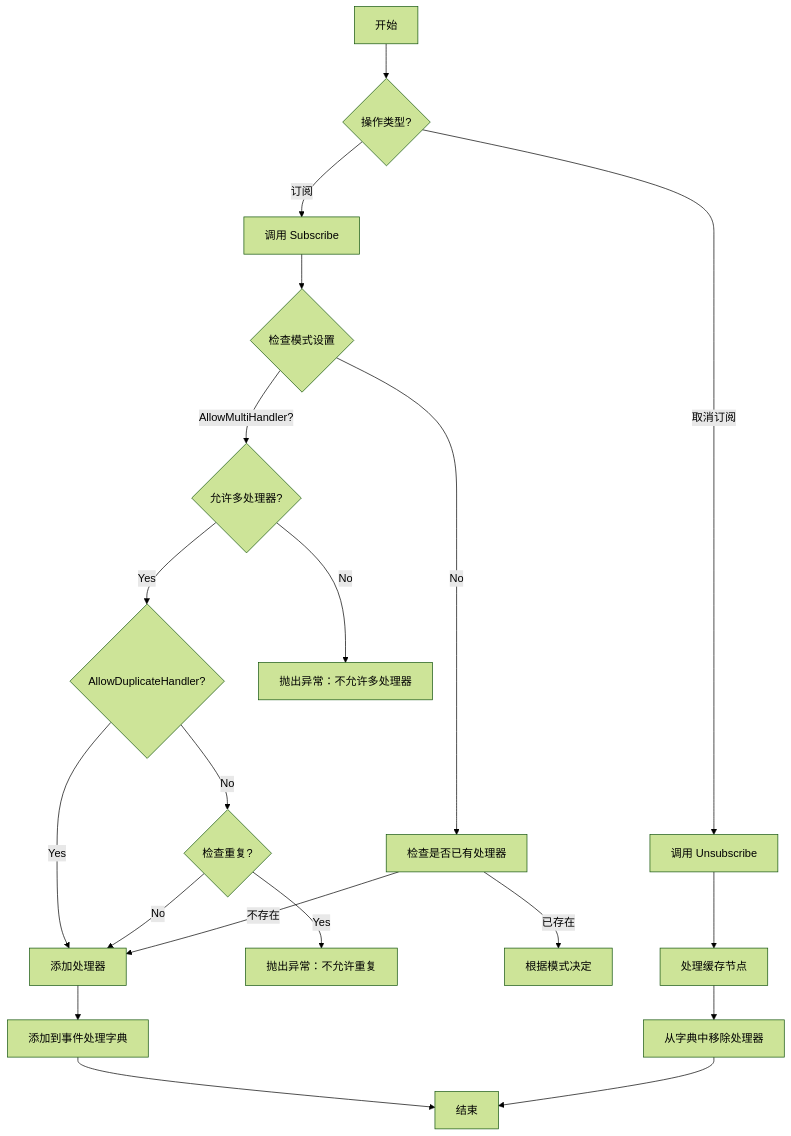
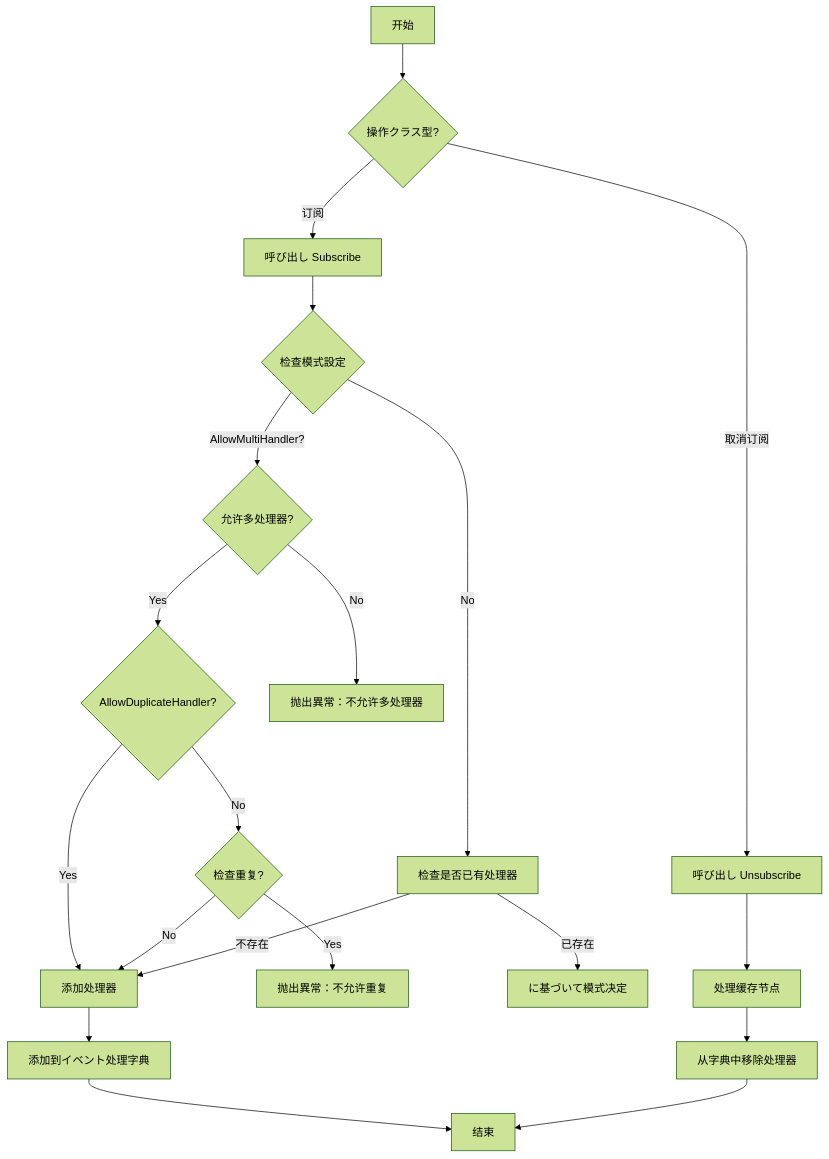
One commit to AlianBlank/GameFrameX.Docs changed the third of 3 diagrams in docs/ja/client/unity/component/core/06.event-system.md. Above: the diagram before and after it, drawn with Mermaid (forest theme). The commit also changed other lines of this file and 603 other files, not shown here.

````diff
--- a/docs/ja/client/unity/component/core/06.event-system.md
+++ b/docs/ja/client/unity/component/core/06.event-system.md
@@ -181,28 +181,28 @@
 ```mermaid
 flowchart TD
-    A[开始] --> B{操作类型?}
-    B -->|订阅| C[调用 Subscribe]
-    B -->|取消订阅| D[调用 Unsubscribe]
+    A[开始] --> B{操作クラス型?}
+    B -->|订阅| C[呼び出し Subscribe]
+    B -->|取消订阅| D[呼び出し Unsubscribe]
     
-    C --> E{检查模式设置}
+    C --> E{检查模式設定}
     E -->|AllowMultiHandler?| F{允许多处理器?}
     E -->|No| G[检查是否已有处理器]
     
     F -->|Yes| H{AllowDuplicateHandler?}
-    F -->|No| I[抛出异常：不允许多处理器]
+    F -->|No| I[抛出異常：不允许多处理器]
     
     H -->|Yes| J[添加处理器]
     H -->|No| K{检查重复?}
-    K -->|Yes| L[抛出异常：不允许重复]
+    K -->|Yes| L[抛出異常：不允许重复]
     K -->|No| J
     
-    G -->|已存在| M[根据模式决定]
+    G -->|已存在| M[に基づいて模式决定]
     G -->|不存在| J
     
-    J --> N[添加到事件处理字典]
+    J --> N[添加到イベント处理字典]
     N --> O[结束]
     
     D --> P[处理缓存节点]
     P --> Q[从字典中移除处理器]
     Q --> O
 ```
````
